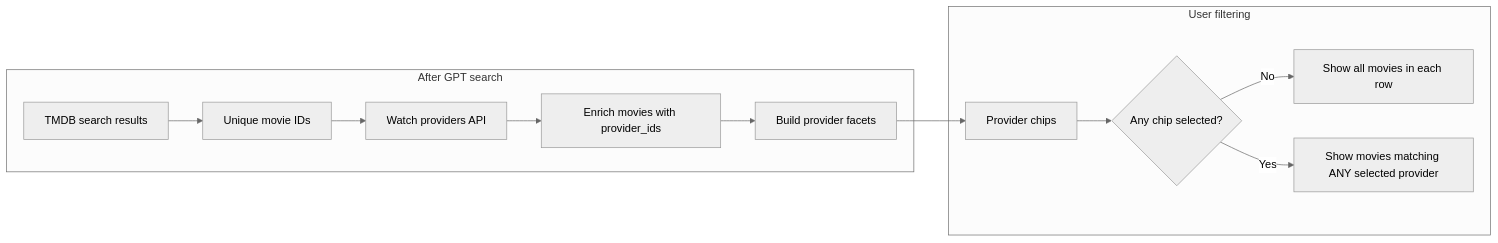
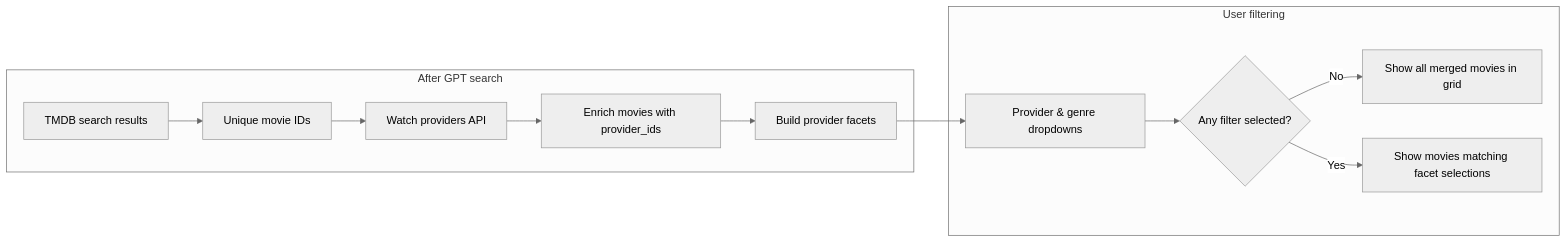
The second of 2 diagrams in README.md (shubham24315/netflixgpt-movie), drawn with Mermaid (neutral theme) before and after one commit. The commit also changed other lines of this file and 5 other files, not shown here.

````diff
--- a/README.md
+++ b/README.md
@@ -69,15 +69,15 @@
 ```mermaid
 flowchart LR
   subgraph fetch [After GPT search]
     A[TMDB search results] --> B[Unique movie IDs]
     B --> C[Watch providers API]
     C --> D[Enrich movies with provider_ids]
     D --> E[Build provider facets]
   end
   subgraph ui [User filtering]
-    E --> F[Provider chips]
-    F --> G{Any chip selected?}
-    G -->|No| H[Show all movies in each row]
-    G -->|Yes| I[Show movies matching ANY selected provider]
+    E --> F[Provider & genre dropdowns]
+    F --> G{Any filter selected?}
+    G -->|No| H[Show all merged movies in grid]
+    G -->|Yes| I[Show movies matching facet selections]
   end
 ```
````
